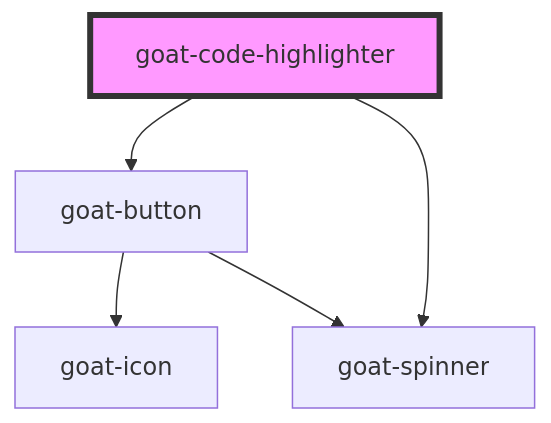
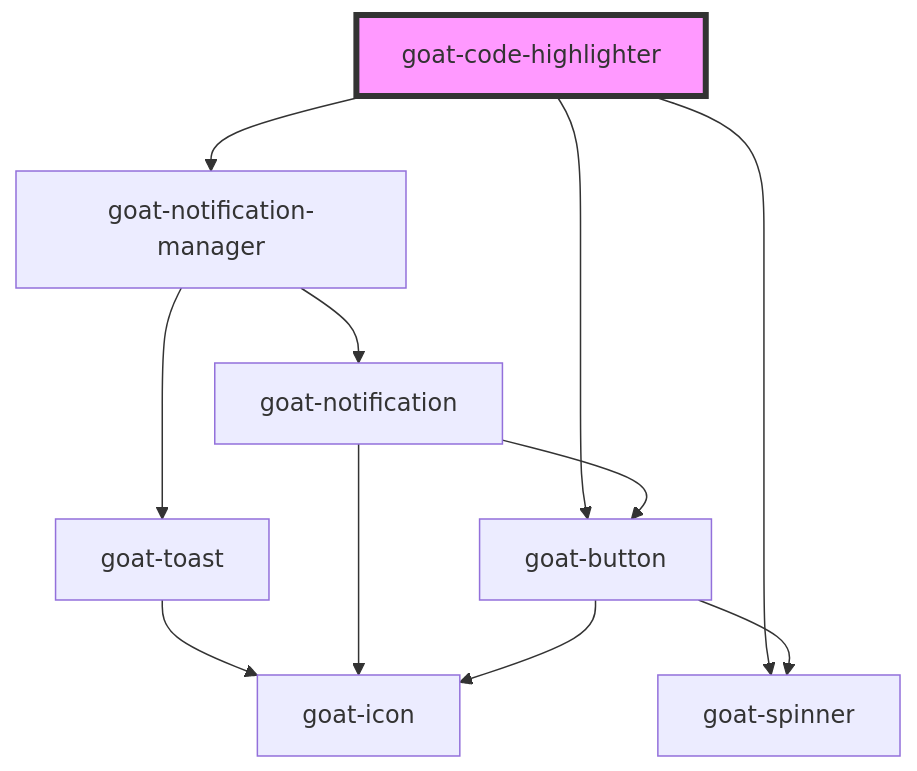
Before and after one commit to goatui/components: the diagram in src/components/data-display/code-highlighter/readme.md, drawn with Mermaid. The commit also changed other lines of this file and 2 other files, not shown here.

Commit message:
copy action fix for insecure page

````diff
--- a/src/components/data-display/code-highlighter/readme.md
+++ b/src/components/data-display/code-highlighter/readme.md
@@ -27,8 +28,14 @@
 ```mermaid
 graph TD;
+  goat-code-highlighter --> goat-notification-manager
   goat-code-highlighter --> goat-button
   goat-code-highlighter --> goat-spinner
+  goat-notification-manager --> goat-toast
+  goat-notification-manager --> goat-notification
+  goat-toast --> goat-icon
+  goat-notification --> goat-button
+  goat-notification --> goat-icon
   goat-button --> goat-icon
   goat-button --> goat-spinner
   style goat-code-highlighter fill:#f9f,stroke:#333,stroke-width:4px
 ```
````
